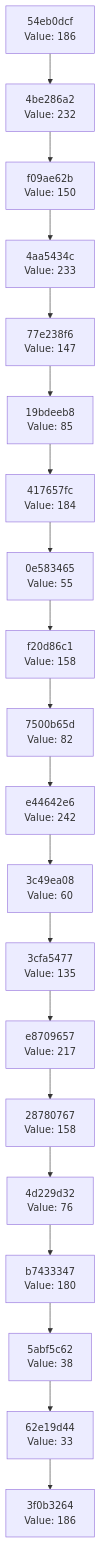
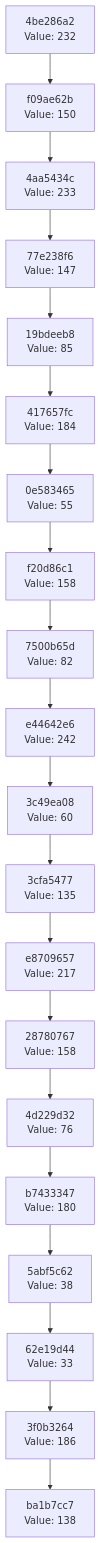
Before and after one commit to Abhisheksinha1506/hash-chain-evolver: the diagram in docs/CHAIN_VISUALIZATION.md, drawn with Mermaid. The commit also changed 2 other files, not shown here.

Commit message:
Evolution Step

````diff
--- a/docs/CHAIN_VISUALIZATION.md
+++ b/docs/CHAIN_VISUALIZATION.md
@@ -3,42 +3,42 @@
 ```mermaid
 graph TD
-    C0["3f0b3264<br/>Value: 186"]
-    C1["62e19d44<br/>Value: 33"]
+    C0["ba1b7cc7<br/>Value: 138"]
+    C1["3f0b3264<br/>Value: 186"]
     C1 --> C0
-    C2["5abf5c62<br/>Value: 38"]
+    C2["62e19d44<br/>Value: 33"]
     C2 --> C1
-    C3["b7433347<br/>Value: 180"]
+    C3["5abf5c62<br/>Value: 38"]
     C3 --> C2
-    C4["4d229d32<br/>Value: 76"]
+    C4["b7433347<br/>Value: 180"]
     C4 --> C3
-    C5["28780767<br/>Value: 158"]
+    C5["4d229d32<br/>Value: 76"]
     C5 --> C4
-    C6["e8709657<br/>Value: 217"]
+    C6["28780767<br/>Value: 158"]
     C6 --> C5
-    C7["3cfa5477<br/>Value: 135"]
+    C7["e8709657<br/>Value: 217"]
     C7 --> C6
-    C8["3c49ea08<br/>Value: 60"]
+    C8["3cfa5477<br/>Value: 135"]
     C8 --> C7
-    C9["e44642e6<br/>Value: 242"]
+    C9["3c49ea08<br/>Value: 60"]
     C9 --> C8
-    C10["7500b65d<br/>Value: 82"]
+    C10["e44642e6<br/>Value: 242"]
     C10 --> C9
-    C11["f20d86c1<br/>Value: 158"]
+    C11["7500b65d<br/>Value: 82"]
     C11 --> C10
-    C12["0e583465<br/>Value: 55"]
+    C12["f20d86c1<br/>Value: 158"]
     C12 --> C11
-    C13["417657fc<br/>Value: 184"]
+    C13["0e583465<br/>Value: 55"]
     C13 --> C12
-    C14["19bdeeb8<br/>Value: 85"]
+    C14["417657fc<br/>Value: 184"]
     C14 --> C13
-    C15["77e238f6<br/>Value: 147"]
+    C15["19bdeeb8<br/>Value: 85"]
     C15 --> C14
-    C16["4aa5434c<br/>Value: 233"]
+    C16["77e238f6<br/>Value: 147"]
     C16 --> C15
-    C17["f09ae62b<br/>Value: 150"]
+    C17["4aa5434c<br/>Value: 233"]
     C17 --> C16
-    C18["4be286a2<br/>Value: 232"]
+    C18["f09ae62b<br/>Value: 150"]
     C18 --> C17
-    C19["54eb0dcf<br/>Value: 186"]
+    C19["4be286a2<br/>Value: 232"]
     C19 --> C18
 ```
````
